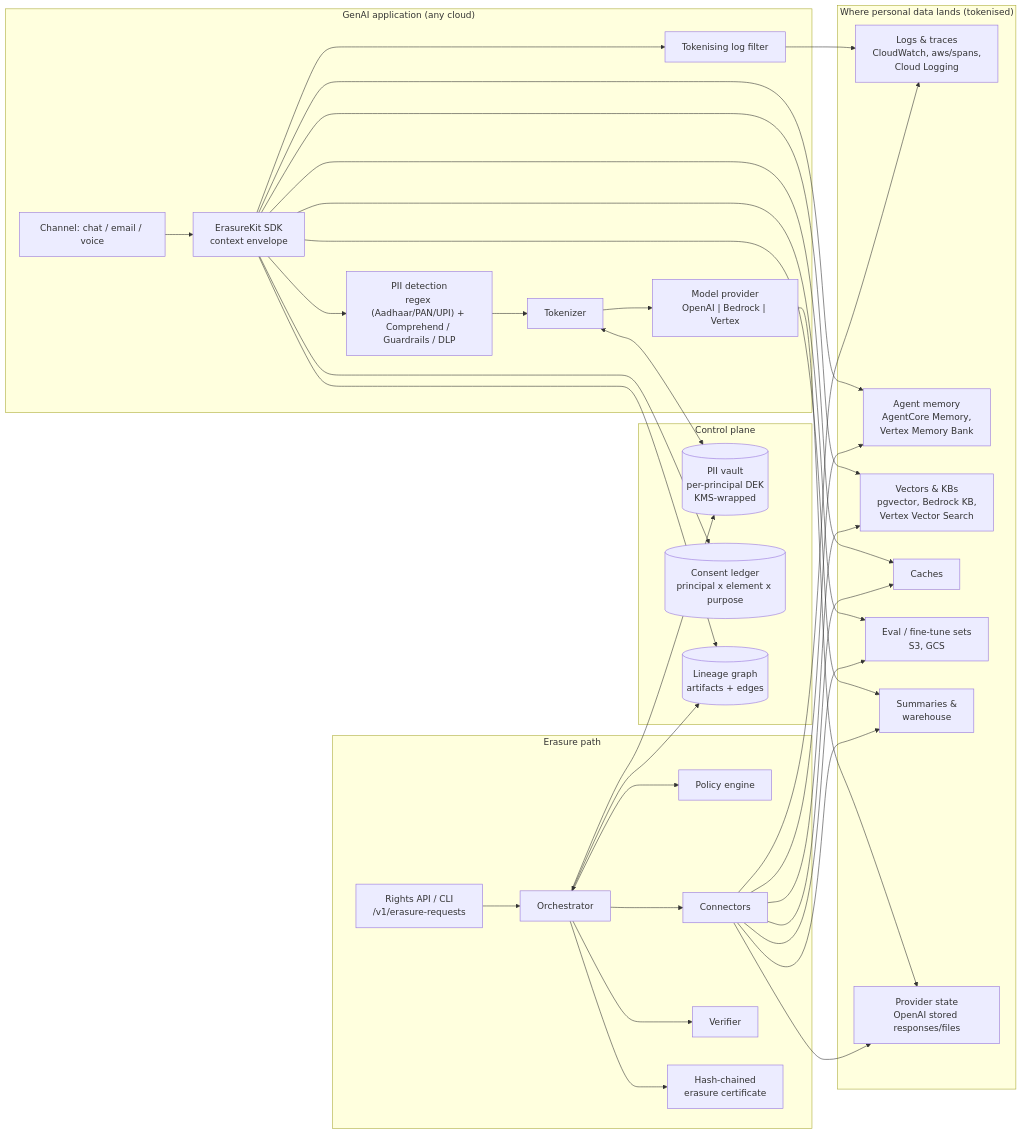
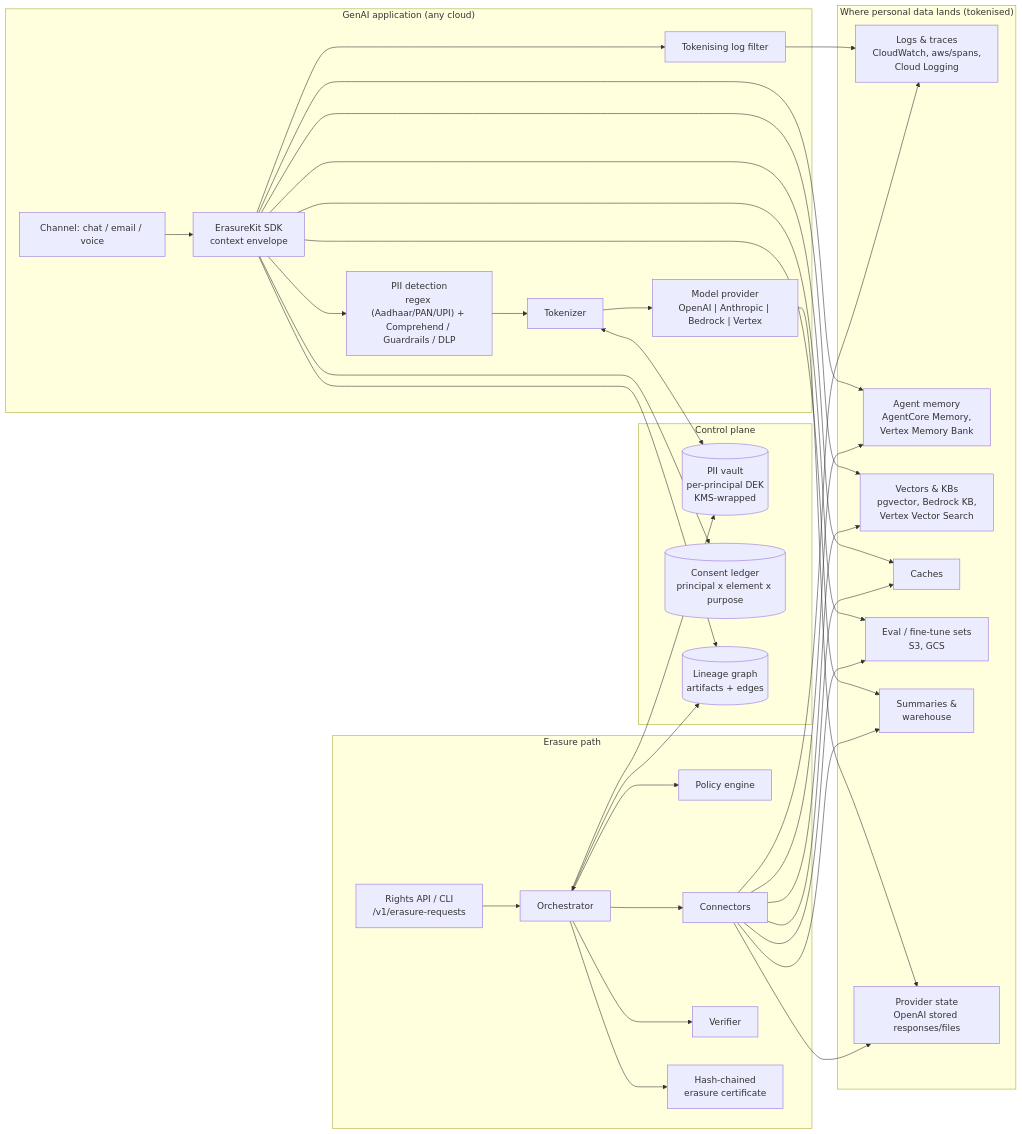
The first of 2 diagrams in docs/architecture.md (koushikmohanbhat/dpdp-data-rights-framework), drawn with Mermaid before and after one commit. The commit also changed other lines of this file and 11 other files, not shown here.

First line of the commit message:
Add Anthropic Claude provider and Files API erasure connector

````diff
--- a/docs/architecture.md
+++ b/docs/architecture.md
@@ -9,44 +9,44 @@
 ```mermaid
 flowchart LR
   subgraph APP["GenAI application (any cloud)"]
     UI["Channel: chat / email / voice"] --> GW["ErasureKit SDK<br/>context envelope"]
     GW --> PII["PII detection<br/>regex (Aadhaar/PAN/UPI) + Comprehend / Guardrails / DLP"]
     PII --> TOK["Tokenizer"]
-    TOK --> LLM["Model provider<br/>OpenAI | Bedrock | Vertex"]
+    TOK --> LLM["Model provider<br/>OpenAI | Anthropic | Bedrock | Vertex"]
     GW --> LOGF["Tokenising log filter"]
   end
 
   subgraph CP["Control plane"]
     VAULT[("PII vault<br/>per-principal DEK<br/>KMS-wrapped")]
     LED[("Consent ledger<br/>principal x element x purpose")]
     LIN[("Lineage graph<br/>artifacts + edges")]
   end
 
   TOK <--> VAULT
   GW --> LED
   GW --> LIN
 
   subgraph STORES["Where personal data lands (tokenised)"]
     S1["Logs & traces<br/>CloudWatch, aws/spans,<br/>Cloud Logging"]
     S2["Agent memory<br/>AgentCore Memory,<br/>Vertex Memory Bank"]
     S3["Vectors & KBs<br/>pgvector, Bedrock KB,<br/>Vertex Vector Search"]
     S4["Caches"]
     S5["Eval / fine-tune sets<br/>S3, GCS"]
     S6["Summaries &<br/>warehouse"]
     S7["Provider state<br/>OpenAI stored responses/files"]
   end
   LLM --> S7
   LOGF --> S1
   GW --> S2 & S3 & S4 & S5 & S6
 
   subgraph ER["Erasure path"]
     API["Rights API / CLI<br/>/v1/erasure-requests"] --> ORCH["Orchestrator"]
     ORCH --> POL["Policy engine"]
     ORCH --> CON["Connectors"]
     ORCH --> VER["Verifier"]
     ORCH --> CERT["Hash-chained<br/>erasure certificate"]
   end
   ORCH <--> LIN
   ORCH --> VAULT
   CON --> S1 & S2 & S3 & S4 & S5 & S6 & S7
 ```
````
